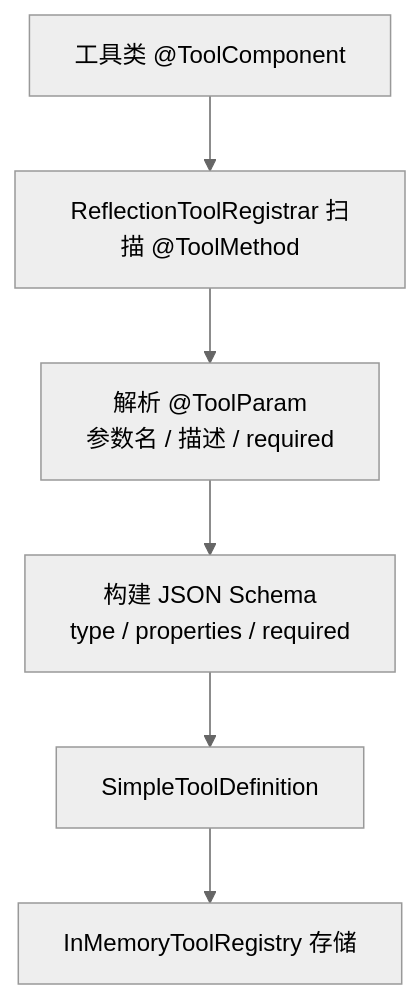
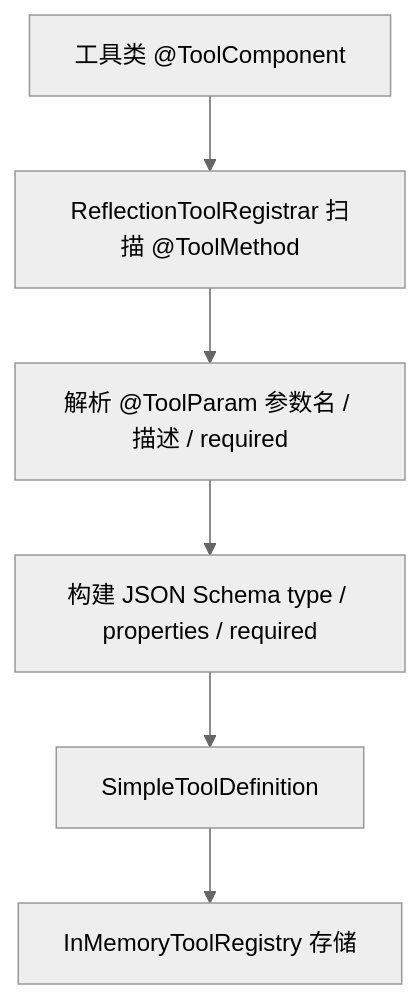
Before and after one commit to Halcyonsong/liteagent-template: the third of 4 diagrams in docs/openai-compatible-chat.md, drawn with Mermaid (neutral theme). The commit also changed other lines of this file and 86 other files, not shown here.

````diff
--- a/docs/openai-compatible-chat.md
+++ b/docs/openai-compatible-chat.md
@@ -169,8 +135,8 @@
 ```mermaid
 flowchart TD
     T1[工具类 @ToolComponent] --> T2[ReflectionToolRegistrar 扫描 @ToolMethod]
-    T2 --> T3[解析 @ToolParam<br/>参数名 / 描述 / required]
-    T3 --> T4[构建 JSON Schema<br/>type / properties / required]
+    T2 --> T3[解析 @ToolParam 参数名 / 描述 / required]
+    T3 --> T4[构建 JSON Schema type / properties / required]
     T4 --> T5[SimpleToolDefinition]
     T5 --> T6[InMemoryToolRegistry 存储]
 ```
````
